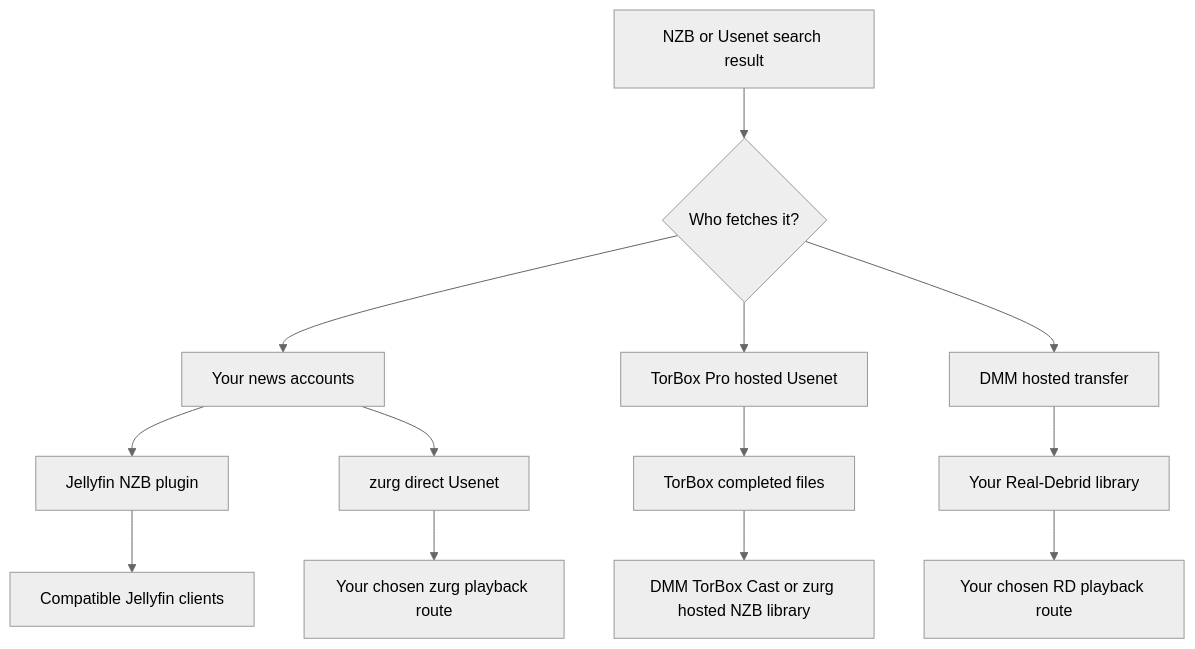
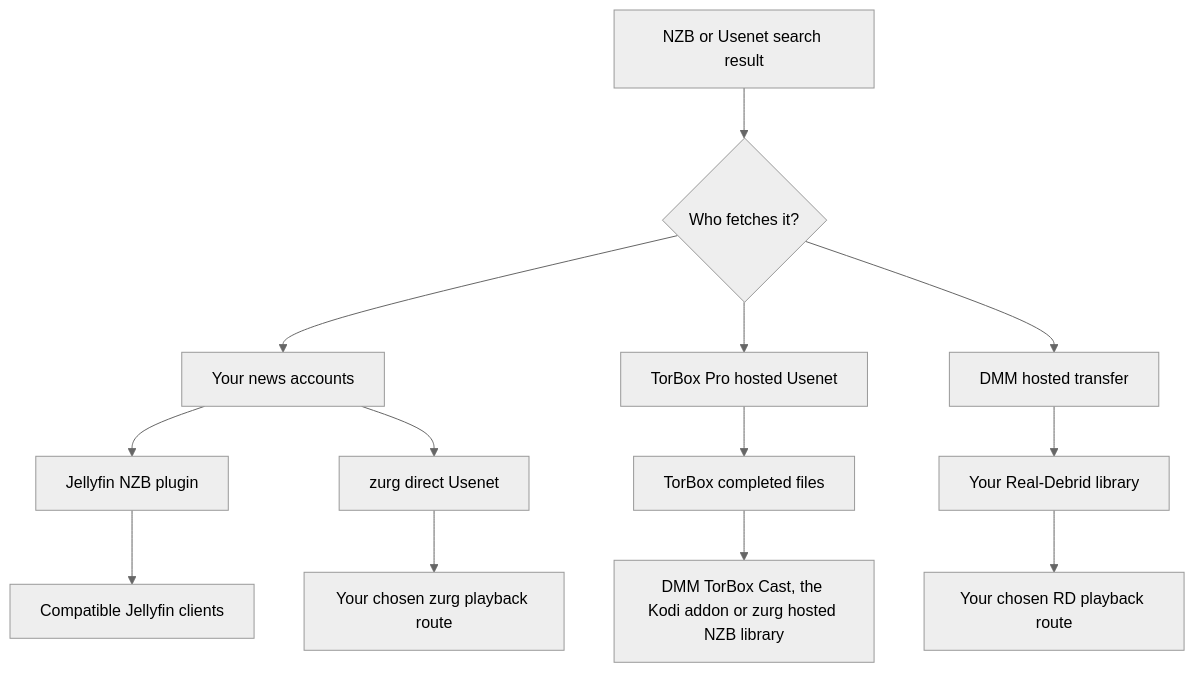
Before and after one commit to debridmediamanager/notes: the third of 3 diagrams in guides/choose-your-setup.md, drawn with Mermaid (neutral theme). The commit also changed other lines of this file and 1 other file, not shown here.

Commit message:
docs: name the Kodi addon, provider WebDAV and Seerr's server in the setup guide

````diff
--- a/guides/choose-your-setup.md
+++ b/guides/choose-your-setup.md
@@ -114,15 +114,15 @@
 ```mermaid
 flowchart TD
     N[NZB or Usenet search result] --> O{Who fetches it?}
     O --> A[Your news accounts]
     A --> J[Jellyfin NZB plugin]
     J --> F[Compatible Jellyfin clients]
     A --> Z[zurg direct Usenet]
     Z --> V[Your chosen zurg playback route]
     O --> T[TorBox Pro hosted Usenet]
     T --> B[TorBox completed files]
-    B --> C[DMM TorBox Cast or zurg hosted NZB library]
+    B --> C[DMM TorBox Cast, the Kodi addon or zurg hosted NZB library]
     O --> D[DMM hosted transfer]
     D --> R[Your Real-Debrid library]
     R --> P[Your chosen RD playback route]
 ```
````
